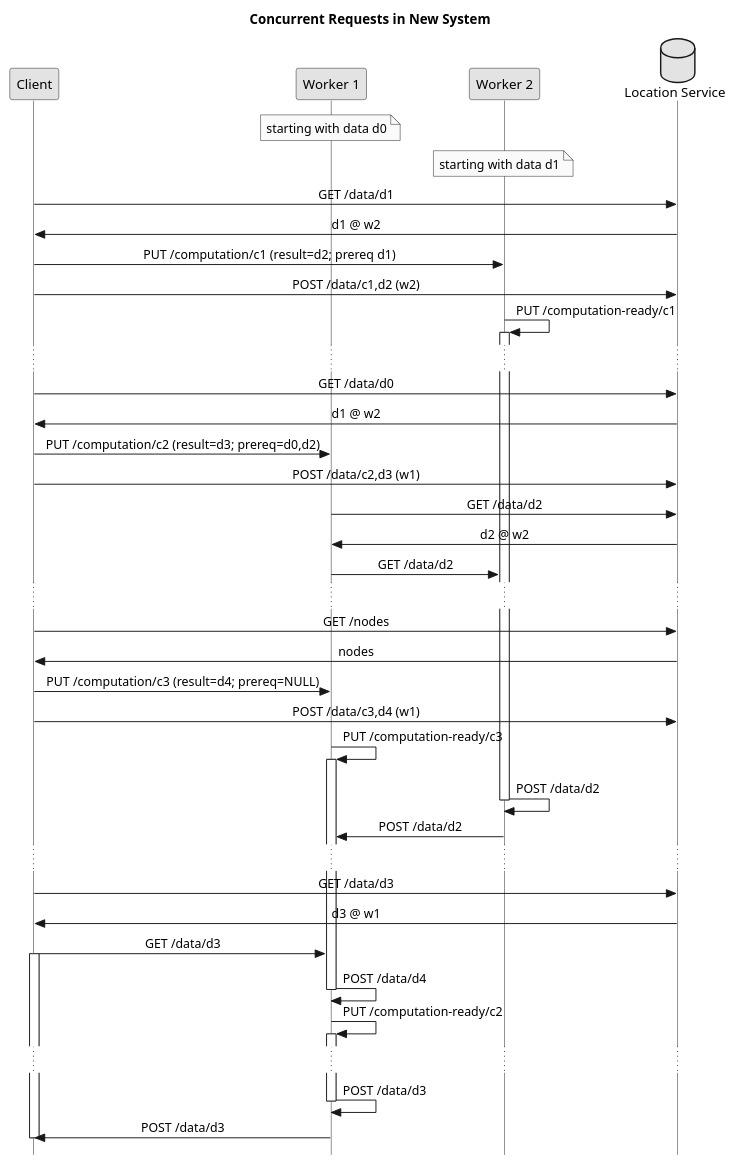
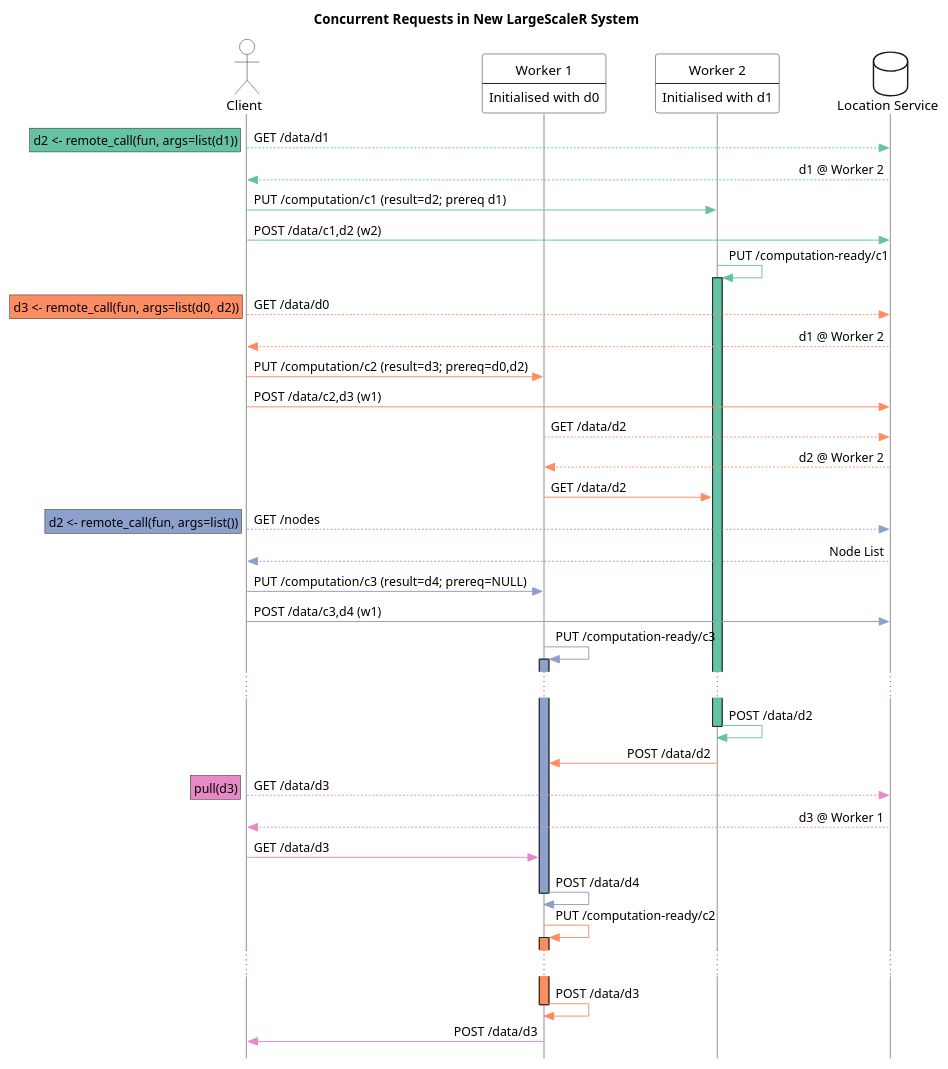
The diagram in research/sysinteract.puml (jcai849/jcai849.github.io), drawn with PlantUML before and after one commit.

Commit message:
add colour to system interaction diagram

```diff
--- a/research/sysinteract.puml
+++ b/research/sysinteract.puml
@@ -1,56 +1,57 @@
 @startuml
-skinparam monochrome true
 skinparam shadowing false
 skinparam style strictuml
 skinparam LifelineStrategy nosolid
-skinparam sequenceMessageAlign center
-title Concurrent Requests in New System
+skinparam sequenceMessageAlign direction
 
-participant Client as c
-participant "Worker 1" as w1  
-participant "Worker 2" as w2
-database "Location Service" as ls
+title Concurrent Requests in New LargeScaleR System
 
-note over w1: starting with data d0
-note over w2: starting with data d1
+actor Client as c #white
+participant "Worker 1\n----\nInitialised with d0" as w1 #white
+participant "Worker 2\n----\nInitialised with d1" as w2 #white
+database "Location Service" as ls #white
 
-c -> ls: GET /data/d1
-ls -> c: d1 @ w2
-c -> w2: PUT /computation/c1 (result=d2; prereq d1)
-c -> ls: POST /data/c1,d2 (w2)
-w2 -> w2: PUT /computation-ready/c1
-activate w2
+
+c --[#66c2a5]> ls: GET /data/d1
+rnote left #66c2a5: d2 <- remote_call(fun, args=list(d1))
+ls --[#66c2a5]> c: d1 @ Worker 2
+c -[#66c2a5]> w2: PUT /computation/c1 (result=d2; prereq d1)
+c -[#66c2a5]> ls: POST /data/c1,d2 (w2)
+w2 -[#66c2a5]> w2: PUT /computation-ready/c1
+activate w2 #66c2a5
+
+c --[#fc8d62]> ls: GET /data/d0
+rnote left #fc8d62: d3 <- remote_call(fun, args=list(d0, d2))
+ls --[#fc8d62]> c: d1 @ Worker 2
+c -[#fc8d62]> w1: PUT /computation/c2 (result=d3; prereq=d0,d2)
+c -[#fc8d62]> ls: POST /data/c2,d3 (w1)
+w1 --[#fc8d62]> ls: GET /data/d2
+ls --[#fc8d62]> w1: d2 @ Worker 2
+w1 -[#fc8d62]> w2: GET /data/d2
+
+c --[#8da0cb]> ls: GET /nodes
+rnote left #8da0cb: d2 <- remote_call(fun, args=list())
+ls --[#8da0cb]> c: Node List
+c -[#8da0cb]> w1: PUT /computation/c3 (result=d4; prereq=NULL)
+c -[#8da0cb]> ls: POST /data/c3,d4 (w1)
+w1 -[#8da0cb]> w1: PUT /computation-ready/c3
+activate w1 #8da0cb
 ...
-c -> ls: GET /data/d0
-ls -> c: d1 @ w2
-c -> w1: PUT /computation/c2 (result=d3; prereq=d0,d2)
-c -> ls: POST /data/c2,d3 (w1)
-w1 -> ls: GET /data/d2
-ls -> w1: d2 @ w2
-w1 -> w2: GET /data/d2
+w2 -[#66c2a5]> w2: POST /data/d2
+deactivate w2
+w2 -[#fc8d62]> w1: POST /data/d2
+
+c --[#e78ac3]> ls: GET /data/d3
+rnote left #e78ac3: pull(d3)
+ls --[#e78ac3]> c: d3 @ Worker 1
+c -[#e78ac3]> w1: GET /data/d3
+w1 -[#8da0cb]> w1: POST /data/d4
+deactivate w1
+w1 -[#fc8d62]> w1: PUT /computation-ready/c2
+activate w1 #fc8d62
 ...
-c -> ls: GET /nodes
-ls -> c: nodes
-c -> w1: PUT /computation/c3 (result=d4; prereq=NULL)
-c -> ls: POST /data/c3,d4 (w1)
-w1 -> w1: PUT /computation-ready/c3
-activate w1
-w2 -> w2: POST /data/d2
-deactivate w2
-w2 -> w1: POST /data/d2
-...
-c -> ls: GET /data/d3
-ls -> c: d3 @ w1
-c -> w1: GET /data/d3
-activate c
-w1 -> w1: POST /data/d4
+w1 -[#fc8d62]> w1: POST /data/d3
 deactivate w1
-w1 -> w1: PUT /computation-ready/c2
-activate w1
-...
-w1 -> w1: POST /data/d3
-deactivate w1
-w1 -> c: POST /data/d3
-deactivate c
+w1 -[#e78ac3]> c: POST /data/d3
 
 @enduml
```
